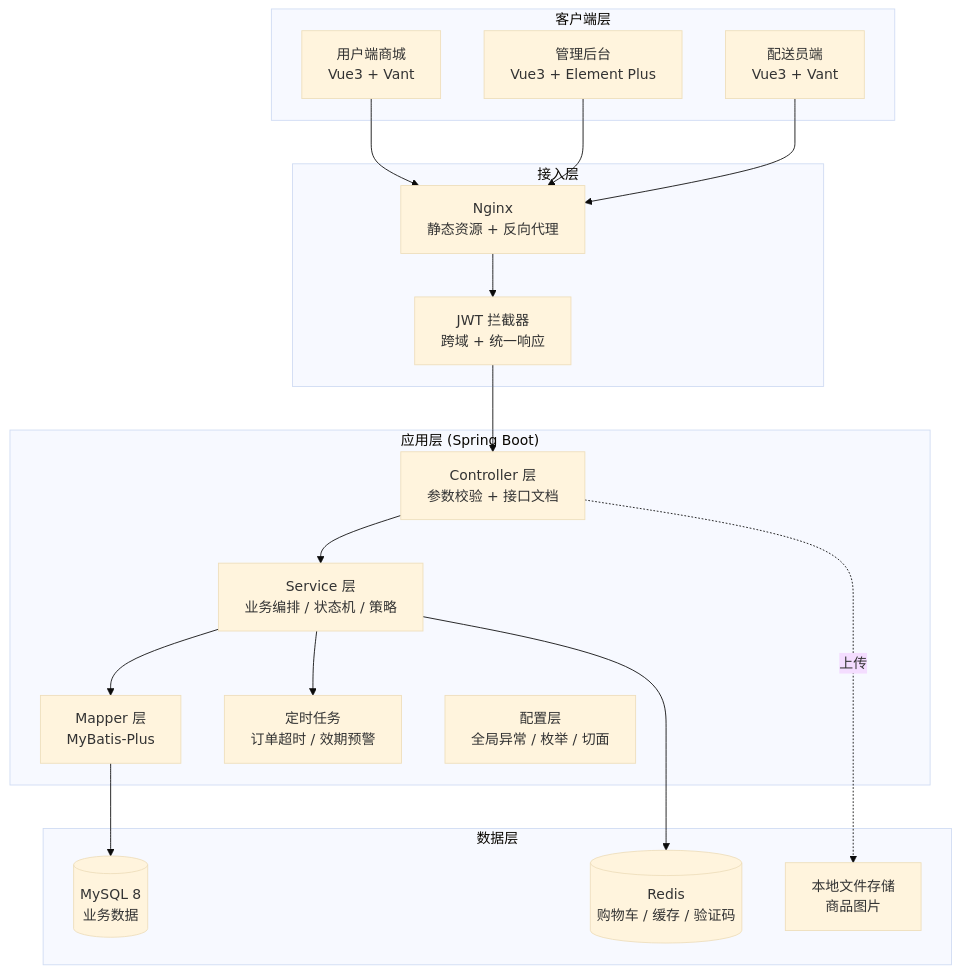
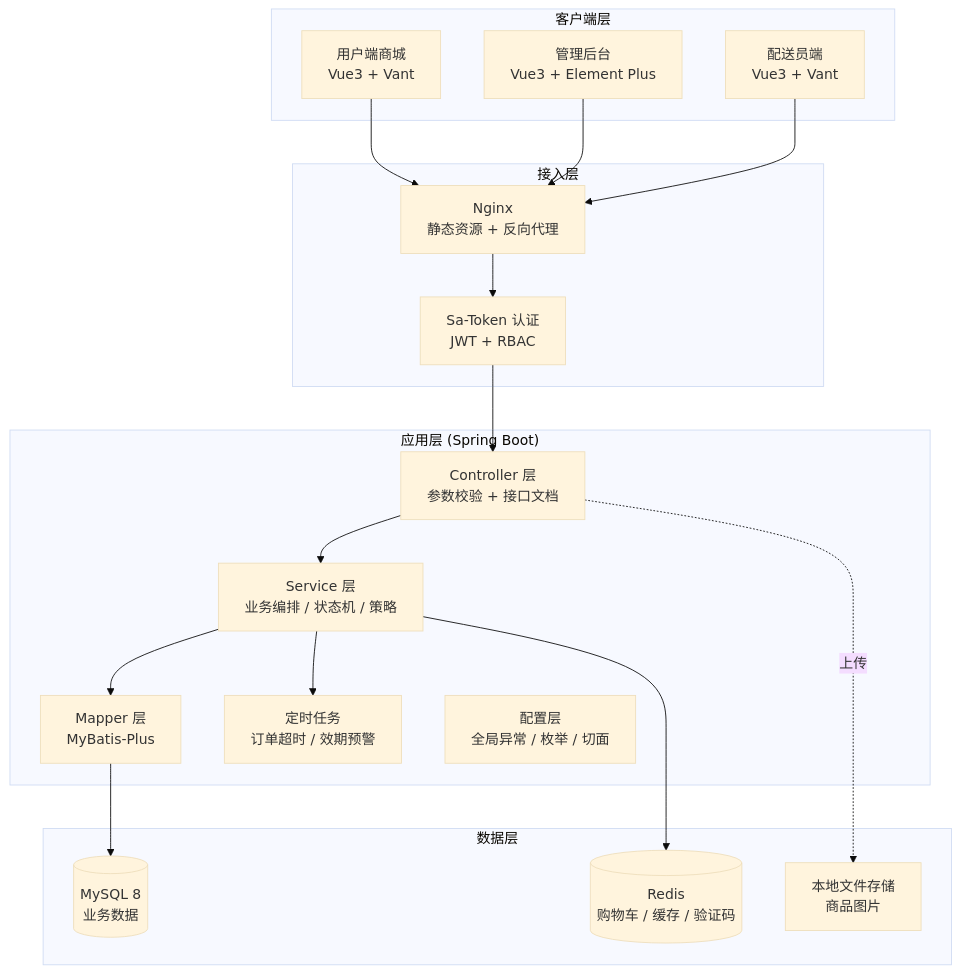
The diagram in docs/03-系统总体设计.md (chenchuiqing/FreshMeal), drawn with Mermaid (base theme) before and after one commit. The commit also changed other lines of this file and 8 other files, not shown here.

Commit message:
同步后端技术栈与 Sa-Token JWT 认证设计

````diff
--- a/docs/03-系统总体设计.md
+++ b/docs/03-系统总体设计.md
@@ -37,39 +43,39 @@
 ```mermaid
 graph TB
     subgraph CLIENT["客户端层"]
         SHOP["用户端商城<br/>Vue3 + Vant"]
         ADMIN["管理后台<br/>Vue3 + Element Plus"]
         RIDER["配送员端<br/>Vue3 + Vant"]
     end
 
     subgraph GATEWAY["接入层"]
         NGINX["Nginx<br/>静态资源 + 反向代理"]
-        FILTER["JWT 拦截器<br/>跨域 + 统一响应"]
+        FILTER["Sa-Token 认证<br/>JWT + RBAC"]
     end
 
     subgraph APP["应用层 (Spring Boot)"]
         CTRL["Controller 层<br/>参数校验 + 接口文档"]
         SVC["Service 层<br/>业务编排 / 状态机 / 策略"]
         MAPPER["Mapper 层<br/>MyBatis-Plus"]
         JOB["定时任务<br/>订单超时 / 效期预警"]
         CFG["配置层<br/>全局异常 / 枚举 / 切面"]
     end
 
     subgraph DATA["数据层"]
         MYSQL[("MySQL 8<br/>业务数据")]
         REDIS[("Redis<br/>购物车 / 缓存 / 验证码")]
         FILE["本地文件存储<br/>商品图片"]
     end
 
     SHOP --> NGINX
     ADMIN --> NGINX
     RIDER --> NGINX
     NGINX --> FILTER
     FILTER --> CTRL
     CTRL --> SVC
     SVC --> MAPPER
     SVC --> REDIS
     SVC --> JOB
     MAPPER --> MYSQL
     CTRL -.上传.-> FILE
 ```
````
